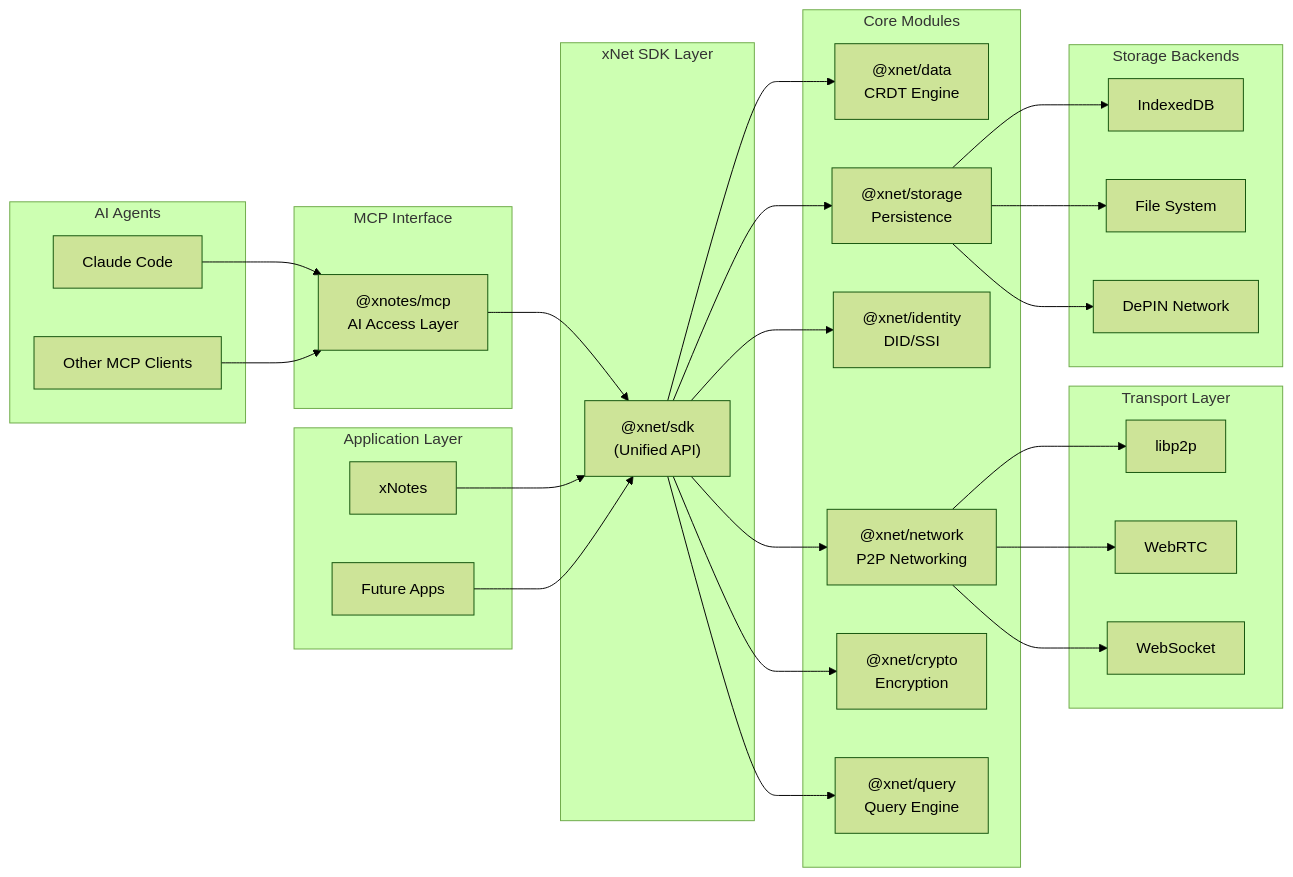
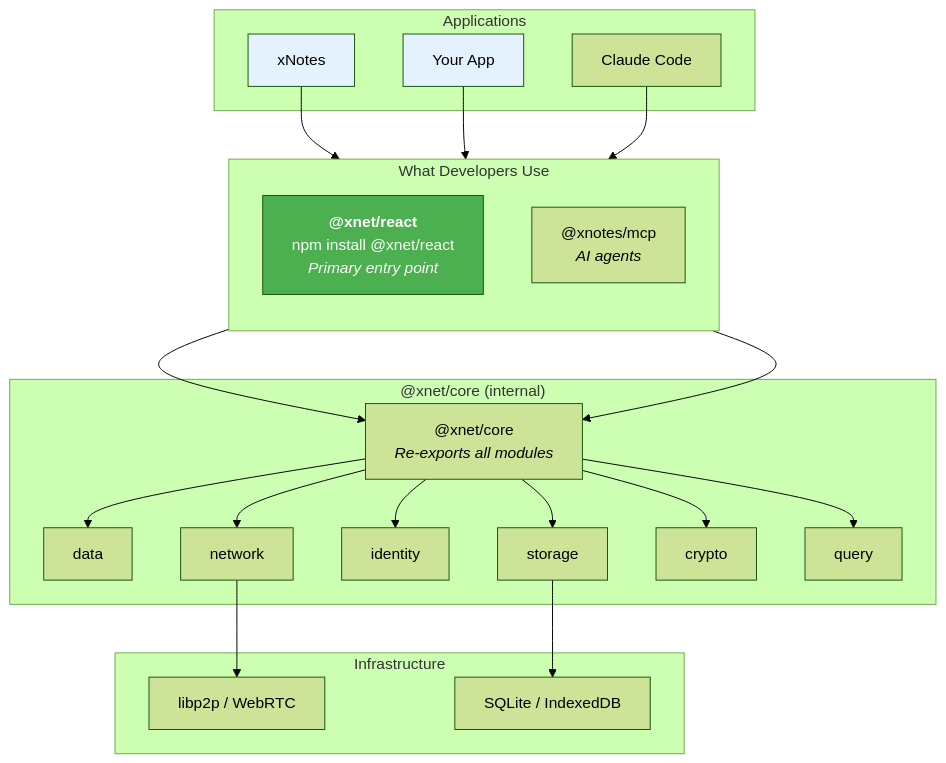
One commit to crs48/xNet changed the first of 7 diagrams in docs/plan/01-xnet-core-platform.md. Above: the diagram before and after it, drawn with Mermaid (forest theme). The commit also changed other lines of this file and 2 other files, not shown here.

Commit message:
Add @xnet/react integration specification
- Add docs/plan/12-react-integration.md with full API spec for React hooks
- Restructure package hierarchy to show @xnet/react as primary interface
- Update architecture diagrams to reflect @xnet/react → @xnet/core flow
- Document what @xnet/react replaces (data state) vs what still needs useState/Zustand (UI state)
- Add hooks API: useQuery, useDocument, useMutation, useSync, usePresence

````diff
--- a/docs/plan/01-xnet-core-platform.md
+++ b/docs/plan/01-xnet-core-platform.md
@@ -17,59 +17,47 @@
 ```mermaid
-graph LR
-    subgraph "AI Agents"
-        AI1[Claude Code]
-        AI2[Other MCP Clients]
+graph TB
+    subgraph "What Developers Use"
+        direction TB
+        R1["<b>@xnet/react</b><br/>npm install @xnet/react<br/><i>Primary entry point</i>"]
+        M1["@xnotes/mcp<br/><i>AI agents</i>"]
     end
 
-    subgraph "Application Layer"
+    subgraph "Applications"
         A1[xNotes]
-        A2[Future Apps]
+        A2[Your App]
+        AI1[Claude Code]
     end
 
-    subgraph "MCP Interface"
-        M1["@xnotes/mcp<br/>AI Access Layer"]
+    subgraph "@xnet/core (internal)"
+        C0["@xnet/core<br/><i>Re-exports all modules</i>"]
+        C1["data"]
+        C2["network"]
+        C3["identity"]
+        C4["storage"]
+        C5["crypto"]
+        C6["query"]
     end
 
-    subgraph "xNet SDK Layer"
-        S1["@xnet/sdk<br/>(Unified API)"]
+    subgraph "Infrastructure"
+        T1[libp2p / WebRTC]
+        B1[SQLite / IndexedDB]
     end
 
-    subgraph "Core Modules"
-        C1["@xnet/data<br/>CRDT Engine"]
-        C2["@xnet/network<br/>P2P Networking"]
-        C3["@xnet/identity<br/>DID/SSI"]
-        C4["@xnet/storage<br/>Persistence"]
-        C5["@xnet/crypto<br/>Encryption"]
-        C6["@xnet/query<br/>Query Engine"]
-    end
+    A1 --> R1
+    A2 --> R1
+    AI1 --> M1
+    R1 --> C0
+    M1 --> C0
+    C0 --> C1
+    C0 --> C2
+    C0 --> C3
+    C0 --> C4
+    C0 --> C5
+    C0 --> C6
+    C2 --> T1
+    C4 --> B1
 
-    subgraph "Transport Layer"
-        T1[libp2p]
-        T2[WebRTC]
-        T3[WebSocket]
-    end
-
-    subgraph "Storage Backends"
-        B1[IndexedDB]
-        B2[File System]
-        B3[DePIN Network]
-    end
-
-    AI1 --> M1
-    AI2 --> M1
-    M1 --> S1
-    A1 --> S1
-    A2 --> S1
-    S1 --> C1
-    S1 --> C2
-    S1 --> C3
-    S1 --> C4
-    S1 --> C5
-    S1 --> C6
-    C2 --> T1
-    C2 --> T2
-    C2 --> T3
-    C4 --> B1
-    C4 --> B2
-    C4 --> B3
+    style R1 fill:#4CAF50,color:#fff
+    style A1 fill:#e3f2fd
+    style A2 fill:#e3f2fd
 ```
````
